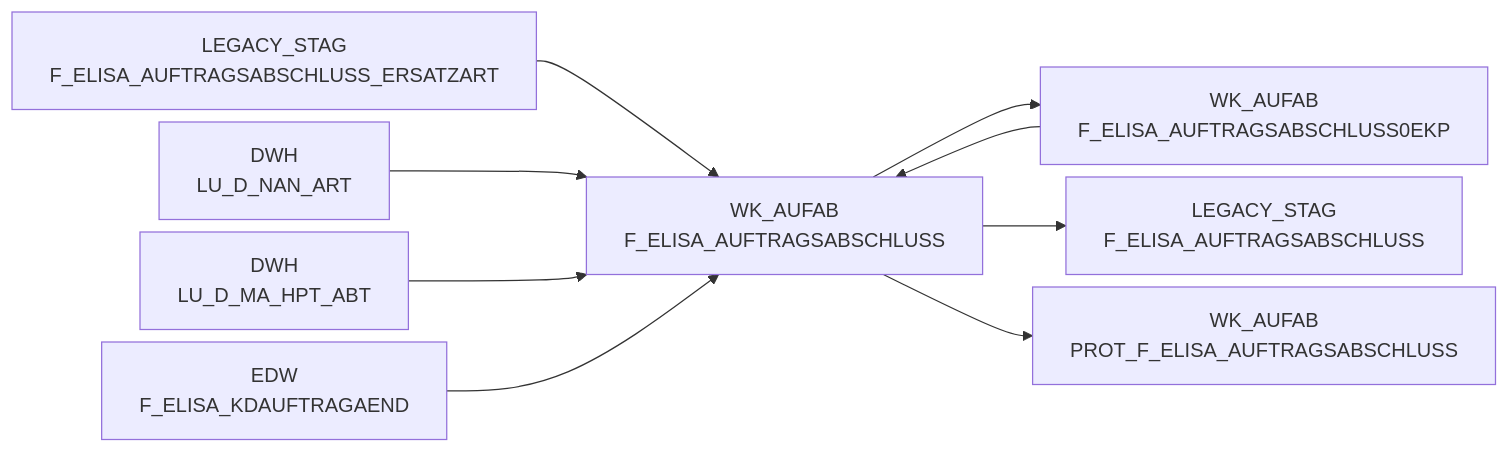
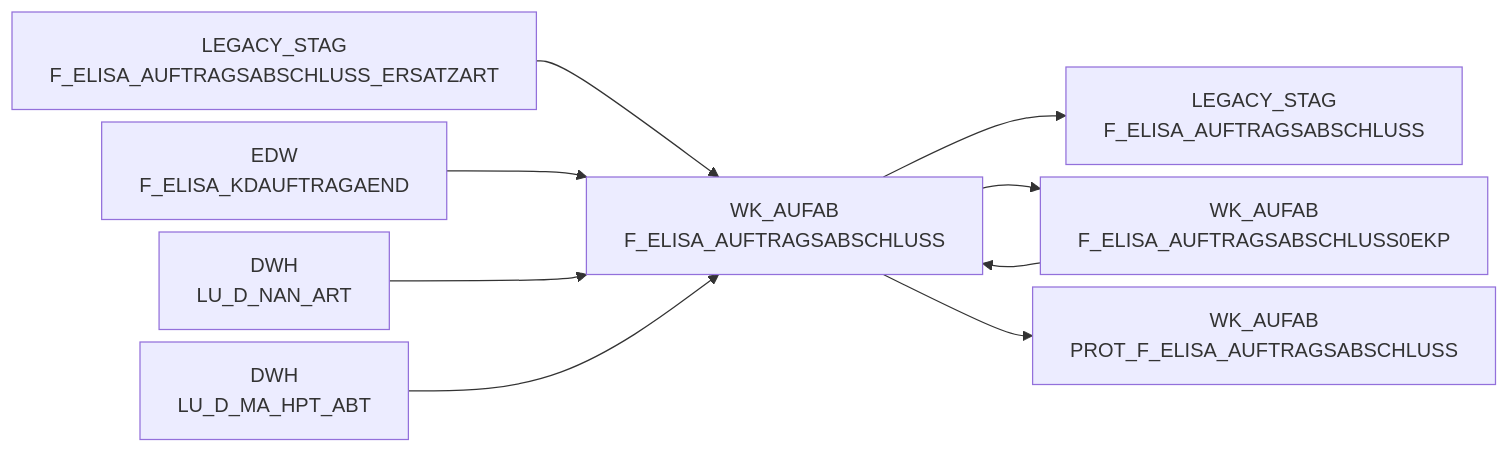
Before and after one commit to integration-factory-de/sas_code_docs: the diagram in docs/Tables/WK_AUFAB/F_ELISA_AUFTRAGSABSCHLUSS.md, drawn with Mermaid. The commit also changed other lines of this file and 129 other files, not shown here.

````diff
--- a/docs/Tables/WK_AUFAB/F_ELISA_AUFTRAGSABSCHLUSS.md
+++ b/docs/Tables/WK_AUFAB/F_ELISA_AUFTRAGSABSCHLUSS.md
@@ -9,30 +15,30 @@
 ```mermaid
 %%{init: {'flowchart': { 'nodeSpacing': 10, 'rankSpacing': 40, 'rankdir': 'TB' }}}%%
 
 flowchart LR
 
+  WK_AUFAB.F_ELISA_AUFTRAGSABSCHLUSS["WK_AUFAB<br/>F_ELISA_AUFTRAGSABSCHLUSS"] --> LEGACY_STAG.F_ELISA_AUFTRAGSABSCHLUSS["LEGACY_STAG<br/>F_ELISA_AUFTRAGSABSCHLUSS"]
+  LEGACY_STAG.F_ELISA_AUFTRAGSABSCHLUSS_ERSATZART["LEGACY_STAG<br/>F_ELISA_AUFTRAGSABSCHLUSS_ERSATZART"] --> WK_AUFAB.F_ELISA_AUFTRAGSABSCHLUSS["WK_AUFAB<br/>F_ELISA_AUFTRAGSABSCHLUSS"]
+  WK_AUFAB.F_ELISA_AUFTRAGSABSCHLUSS0EKP["WK_AUFAB<br/>F_ELISA_AUFTRAGSABSCHLUSS0EKP"] --> WK_AUFAB.F_ELISA_AUFTRAGSABSCHLUSS["WK_AUFAB<br/>F_ELISA_AUFTRAGSABSCHLUSS"]
   WK_AUFAB.F_ELISA_AUFTRAGSABSCHLUSS["WK_AUFAB<br/>F_ELISA_AUFTRAGSABSCHLUSS"] --> WK_AUFAB.F_ELISA_AUFTRAGSABSCHLUSS0EKP["WK_AUFAB<br/>F_ELISA_AUFTRAGSABSCHLUSS0EKP"]
-  WK_AUFAB.F_ELISA_AUFTRAGSABSCHLUSS0EKP["WK_AUFAB<br/>F_ELISA_AUFTRAGSABSCHLUSS0EKP"] --> WK_AUFAB.F_ELISA_AUFTRAGSABSCHLUSS["WK_AUFAB<br/>F_ELISA_AUFTRAGSABSCHLUSS"]
-  WK_AUFAB.F_ELISA_AUFTRAGSABSCHLUSS["WK_AUFAB<br/>F_ELISA_AUFTRAGSABSCHLUSS"] --> LEGACY_STAG.F_ELISA_AUFTRAGSABSCHLUSS["LEGACY_STAG<br/>F_ELISA_AUFTRAGSABSCHLUSS"]
-  WK_AUFAB.F_ELISA_AUFTRAGSABSCHLUSS["WK_AUFAB<br/>F_ELISA_AUFTRAGSABSCHLUSS"] --> WK_AUFAB.PROT_F_ELISA_AUFTRAGSABSCHLUSS["WK_AUFAB<br/>PROT_F_ELISA_AUFTRAGSABSCHLUSS"]
-  LEGACY_STAG.F_ELISA_AUFTRAGSABSCHLUSS_ERSATZART["LEGACY_STAG<br/>F_ELISA_AUFTRAGSABSCHLUSS_ERSATZART"] --> WK_AUFAB.F_ELISA_AUFTRAGSABSCHLUSS["WK_AUFAB<br/>F_ELISA_AUFTRAGSABSCHLUSS"]
+  EDW.F_ELISA_KDAUFTRAGAEND["EDW<br/>F_ELISA_KDAUFTRAGAEND"] --> WK_AUFAB.F_ELISA_AUFTRAGSABSCHLUSS["WK_AUFAB<br/>F_ELISA_AUFTRAGSABSCHLUSS"]
   DWH.LU_D_NAN_ART["DWH<br/>LU_D_NAN_ART"] --> WK_AUFAB.F_ELISA_AUFTRAGSABSCHLUSS["WK_AUFAB<br/>F_ELISA_AUFTRAGSABSCHLUSS"]
   DWH.LU_D_MA_HPT_ABT["DWH<br/>LU_D_MA_HPT_ABT"] --> WK_AUFAB.F_ELISA_AUFTRAGSABSCHLUSS["WK_AUFAB<br/>F_ELISA_AUFTRAGSABSCHLUSS"]
-  EDW.F_ELISA_KDAUFTRAGAEND["EDW<br/>F_ELISA_KDAUFTRAGAEND"] --> WK_AUFAB.F_ELISA_AUFTRAGSABSCHLUSS["WK_AUFAB<br/>F_ELISA_AUFTRAGSABSCHLUSS"]
+  WK_AUFAB.F_ELISA_AUFTRAGSABSCHLUSS["WK_AUFAB<br/>F_ELISA_AUFTRAGSABSCHLUSS"] --> WK_AUFAB.PROT_F_ELISA_AUFTRAGSABSCHLUSS["WK_AUFAB<br/>PROT_F_ELISA_AUFTRAGSABSCHLUSS"]
+  click WK_AUFAB.F_ELISA_AUFTRAGSABSCHLUSS "../../tables/WK_AUFAB/F_ELISA_AUFTRAGSABSCHLUSS"
+  click LEGACY_STAG.F_ELISA_AUFTRAGSABSCHLUSS_ERSATZART "../../tables/LEGACY_STAG/F_ELISA_AUFTRAGSABSCHLUSS_ERSATZART"
+  click WK_AUFAB.F_ELISA_AUFTRAGSABSCHLUSS0EKP "../../tables/WK_AUFAB/F_ELISA_AUFTRAGSABSCHLUSS0EKP"
+  click WK_AUFAB.F_ELISA_AUFTRAGSABSCHLUSS "../../tables/WK_AUFAB/F_ELISA_AUFTRAGSABSCHLUSS"
+  click EDW.F_ELISA_KDAUFTRAGAEND "../../tables/EDW/F_ELISA_KDAUFTRAGAEND"
+  click DWH.LU_D_NAN_ART "../../tables/DWH/LU_D_NAN_ART"
+  click DWH.LU_D_MA_HPT_ABT "../../tables/DWH/LU_D_MA_HPT_ABT"
+  click WK_AUFAB.F_ELISA_AUFTRAGSABSCHLUSS "../../tables/WK_AUFAB/F_ELISA_AUFTRAGSABSCHLUSS"
+  click LEGACY_STAG.F_ELISA_AUFTRAGSABSCHLUSS "../../tables/LEGACY_STAG/F_ELISA_AUFTRAGSABSCHLUSS"
+  click WK_AUFAB.F_ELISA_AUFTRAGSABSCHLUSS "../../tables/WK_AUFAB/F_ELISA_AUFTRAGSABSCHLUSS"
   click WK_AUFAB.F_ELISA_AUFTRAGSABSCHLUSS "../../tables/WK_AUFAB/F_ELISA_AUFTRAGSABSCHLUSS"
   click WK_AUFAB.F_ELISA_AUFTRAGSABSCHLUSS0EKP "../../tables/WK_AUFAB/F_ELISA_AUFTRAGSABSCHLUSS0EKP"
   click WK_AUFAB.F_ELISA_AUFTRAGSABSCHLUSS "../../tables/WK_AUFAB/F_ELISA_AUFTRAGSABSCHLUSS"
   click WK_AUFAB.F_ELISA_AUFTRAGSABSCHLUSS "../../tables/WK_AUFAB/F_ELISA_AUFTRAGSABSCHLUSS"
-  click LEGACY_STAG.F_ELISA_AUFTRAGSABSCHLUSS_ERSATZART "../../tables/LEGACY_STAG/F_ELISA_AUFTRAGSABSCHLUSS_ERSATZART"
-  click DWH.LU_D_NAN_ART "../../tables/DWH/LU_D_NAN_ART"
-  click DWH.LU_D_MA_HPT_ABT "../../tables/DWH/LU_D_MA_HPT_ABT"
-  click EDW.F_ELISA_KDAUFTRAGAEND "../../tables/EDW/F_ELISA_KDAUFTRAGAEND"
-  click WK_AUFAB.F_ELISA_AUFTRAGSABSCHLUSS0EKP "../../tables/WK_AUFAB/F_ELISA_AUFTRAGSABSCHLUSS0EKP"
   click WK_AUFAB.F_ELISA_AUFTRAGSABSCHLUSS "../../tables/WK_AUFAB/F_ELISA_AUFTRAGSABSCHLUSS"
-  click LEGACY_STAG.F_ELISA_AUFTRAGSABSCHLUSS "../../tables/LEGACY_STAG/F_ELISA_AUFTRAGSABSCHLUSS"
   click WK_AUFAB.PROT_F_ELISA_AUFTRAGSABSCHLUSS "../../tables/WK_AUFAB/PROT_F_ELISA_AUFTRAGSABSCHLUSS"
-  click WK_AUFAB.F_ELISA_AUFTRAGSABSCHLUSS "../../tables/WK_AUFAB/F_ELISA_AUFTRAGSABSCHLUSS"
-  click WK_AUFAB.F_ELISA_AUFTRAGSABSCHLUSS "../../tables/WK_AUFAB/F_ELISA_AUFTRAGSABSCHLUSS"
-  click WK_AUFAB.F_ELISA_AUFTRAGSABSCHLUSS "../../tables/WK_AUFAB/F_ELISA_AUFTRAGSABSCHLUSS"
-  click WK_AUFAB.F_ELISA_AUFTRAGSABSCHLUSS "../../tables/WK_AUFAB/F_ELISA_AUFTRAGSABSCHLUSS"
 ```
````
